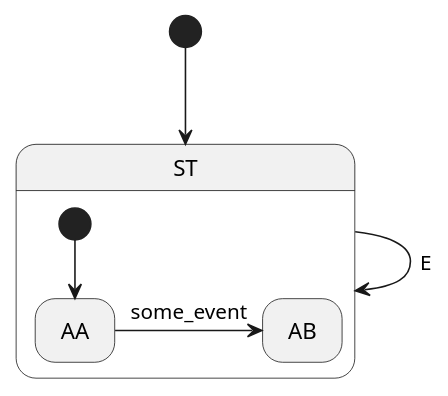
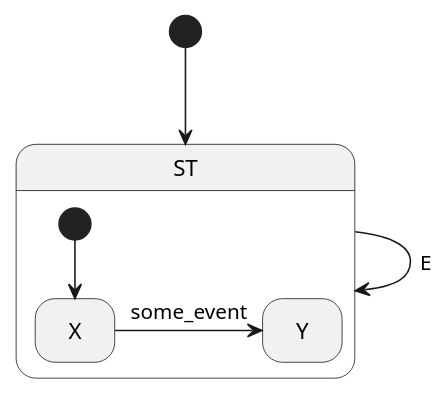
Before and after one commit to fgoujeon/maki: the second of 2 diagrams in doc/concepts/transition/self-transition.md, drawn with PlantUML. The commit also changed other lines of this file and 4 other files, not shown here.

```diff
--- a/doc/concepts/transition/self-transition.md
+++ b/doc/concepts/transition/self-transition.md
@@ -25,11 +25,11 @@
 @startuml{regular_self_transition_with_composite_state.png}
 [*] --> ST
 ST -> ST : E
 
 state ST {
-    [*] --> AA
-    AA -> AB : some_event
+    [*] --> X
+    X -> Y : some_event
 }
 
 hide empty description
 @enduml
```
